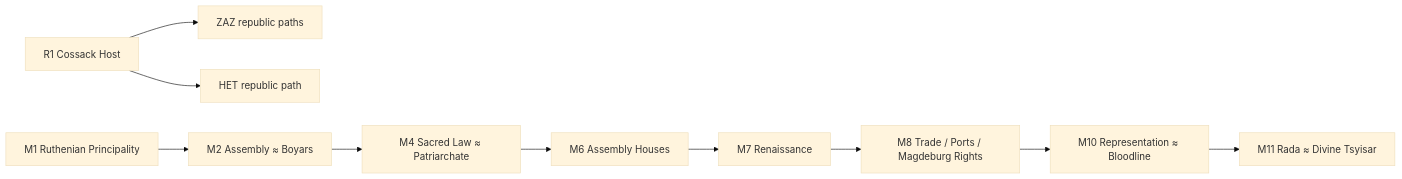
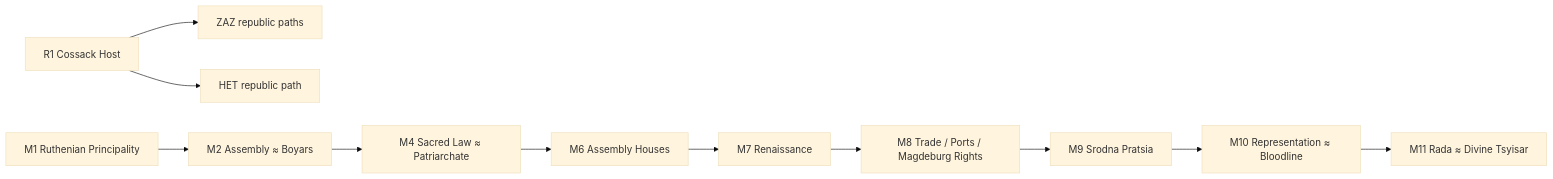
The second of 10 diagrams in docs/GOVERNMENT_REFORMS_MAP.uk.md (Yamtom/RIP), drawn with Mermaid (base theme) before and after one commit. The commit also changed other lines of this file and 21 other files, not shown here.

````diff
--- a/docs/GOVERNMENT_REFORMS_MAP.uk.md
+++ b/docs/GOVERNMENT_REFORMS_MAP.uk.md
@@ -109,12 +110,13 @@
 ```mermaid
 flowchart LR
   C["R1 Cossack Host"] --> Z["ZAZ republic paths"]
   C --> H["HET republic path"]
   R["M1 Ruthenian Principality"] --> M2["M2 Assembly ≈ Boyars"]
   M2 --> M4["M4 Sacred Law ≈ Patriarchate"]
   M4 --> M6["M6 Assembly Houses"]
   M6 --> M7["M7 Renaissance"]
   M7 --> M8["M8 Trade / Ports / Magdeburg Rights"]
-  M8 --> M10["M10 Representation ≈ Bloodline"]
+  M8 --> M9["M9 Srodna Pratsia"]
+  M9 --> M10["M10 Representation ≈ Bloodline"]
   M10 --> M11["M11 Rada ≈ Divine Tsyisar"]
 ```
````
